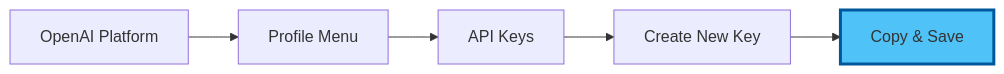
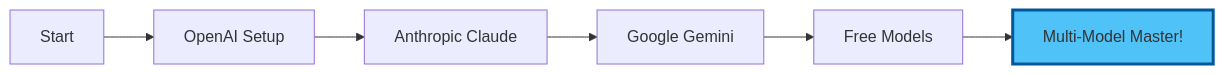
One commit to DreamLab-AI/dreamlab-ai-website changed the first of 2 diagrams in public/data/workshops/workshop-02-morning-ai-api-access/02_hands_on.md. Above: the diagram before and after it, drawn with Mermaid. The commit also changed other lines of this file and 73 other files, not shown here.

````diff
--- a/public/data/workshops/workshop-02-morning-ai-api-access/02_hands_on.md
+++ b/public/data/workshops/workshop-02-morning-ai-api-access/02_hands_on.md
@@ -41,9 +11,10 @@
 ```mermaid
 graph LR
-    A[OpenAI Platform] --> B[Profile Menu]
-    B --> C[API Keys]
-    C --> D[Create New Key]
-    D --> E[Copy & Save]
-    
-    style E fill:#4fc3f7,stroke:#01579b,stroke-width:3px
+    A[Start] --> B[OpenAI Setup]
+    B --> C[Anthropic Claude]
+    C --> D[Google Gemini]
+    D --> E[Free Models]
+    E --> F[Multi-Model Master!]
+
+    style F fill:#4fc3f7,stroke:#01579b,stroke-width:3px
 ```
````
